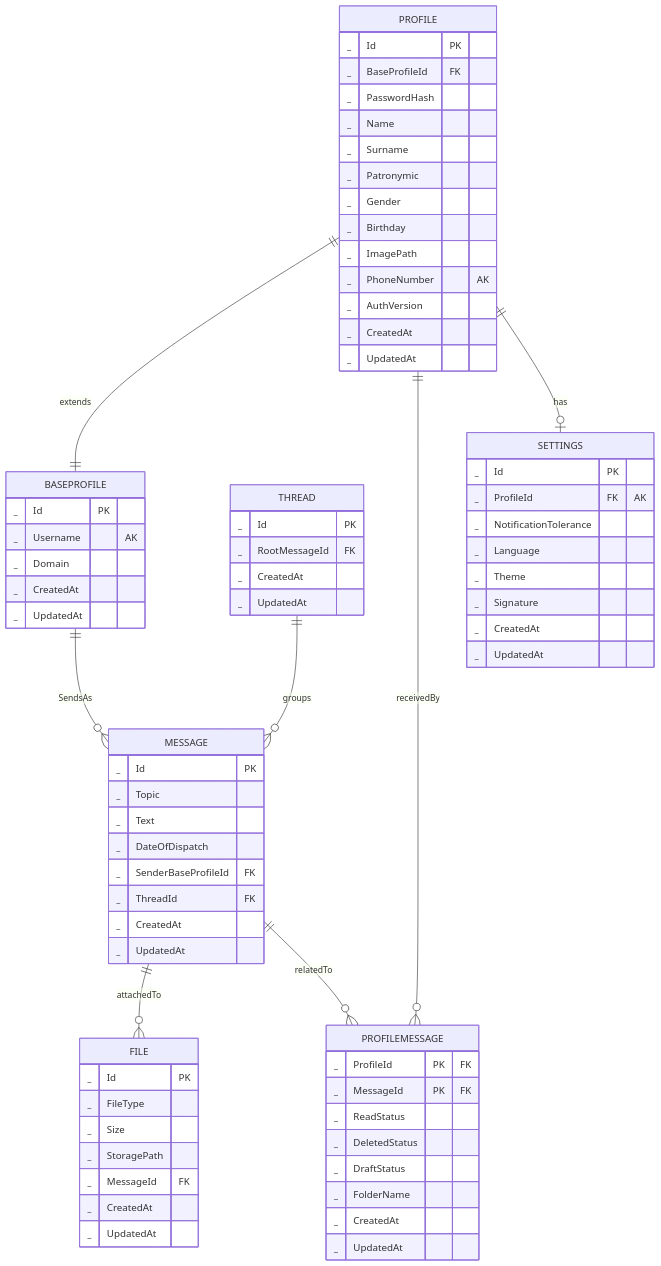
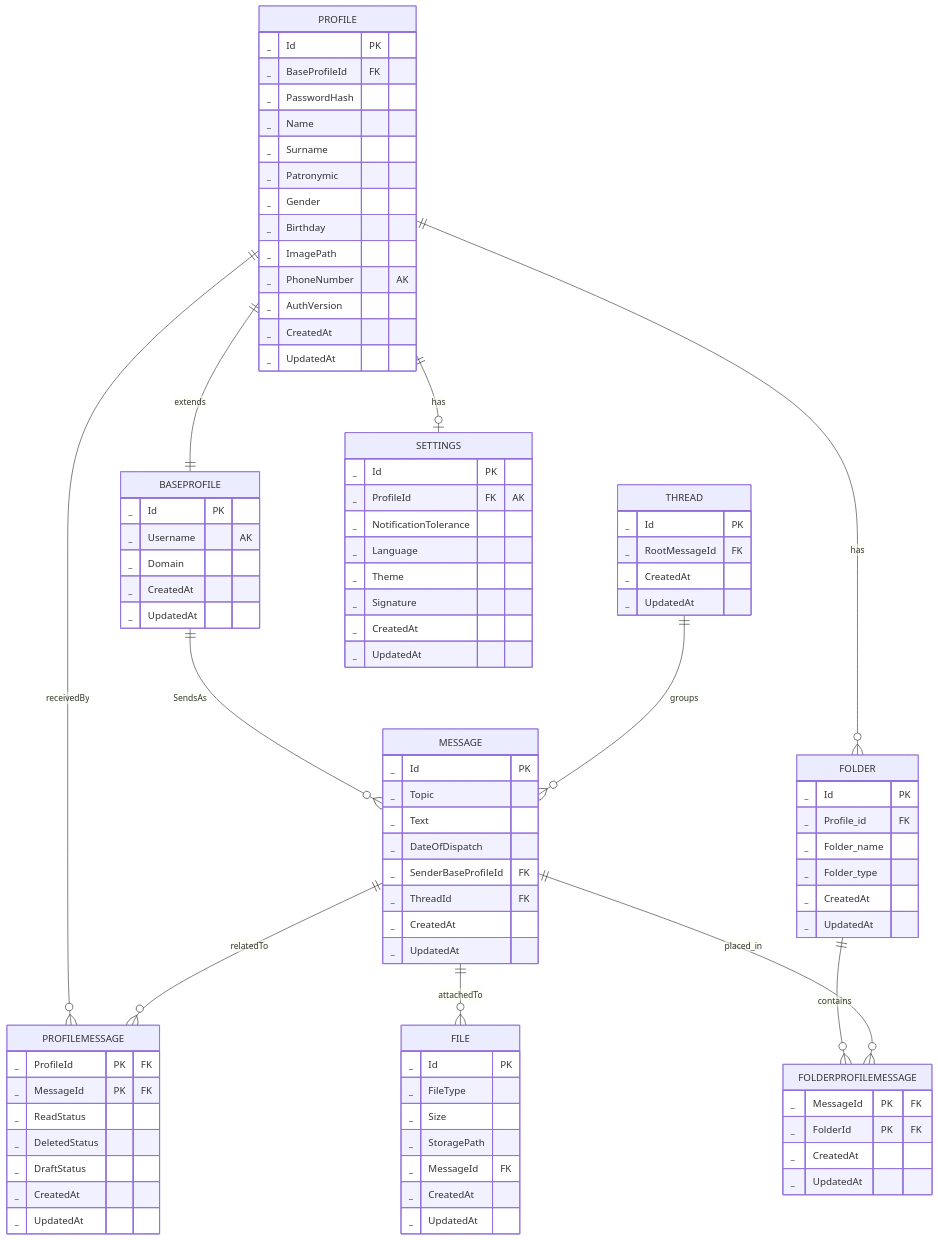
One commit to go-park-mail-ru/2025_2_A4Code changed the second of 2 diagrams in db/normalized/RELATIONS.md. Above: the diagram before and after it, drawn with Mermaid. The commit also changed other lines of this file and 2 other files, not shown here.

```diff
--- a/db/normalized/RELATIONS.md
+++ b/db/normalized/RELATIONS.md
@@ -129,6 +147,14 @@
         _ CreatedAt
         _ UpdatedAt
     }
+    FOLDER {
+        _ Id PK
+        _ Profile_id FK
+        _ Folder_name
+        _ Folder_type
+        _ CreatedAt
+        _ UpdatedAt
+    }
     FILE {
         _ Id PK
         _ FileType
@@ -138,13 +164,18 @@
         _ CreatedAt
         _ UpdatedAt
     }
+    FOLDERPROFILEMESSAGE {
+        _ MessageId PK "FK"
+        _ FolderId PK "FK"
+        _ CreatedAt
+        _ UpdatedAt
+    }
     PROFILEMESSAGE {
         _ ProfileId PK "FK"
         _ MessageId PK "FK"
         _ ReadStatus
         _ DeletedStatus
         _ DraftStatus
-        _ FolderName 
         _ CreatedAt
         _ UpdatedAt
     }
@@ -162,6 +193,9 @@
     PROFILE ||--o| SETTINGS : "has"
     MESSAGE ||--o{ PROFILEMESSAGE : "relatedTo"
     PROFILE ||--o{ PROFILEMESSAGE : "receivedBy"
+    PROFILE ||--o{ FOLDER : "has"
+    MESSAGE ||--o{ FOLDERPROFILEMESSAGE : "placed_in"
+    FOLDER ||--o{ FOLDERPROFILEMESSAGE : "contains"
     MESSAGE ||--o{ FILE : "attachedTo"
     THREAD ||--o{ MESSAGE : "groups"
     PROFILE ||--|| BASEPROFILE : "extends"
```
